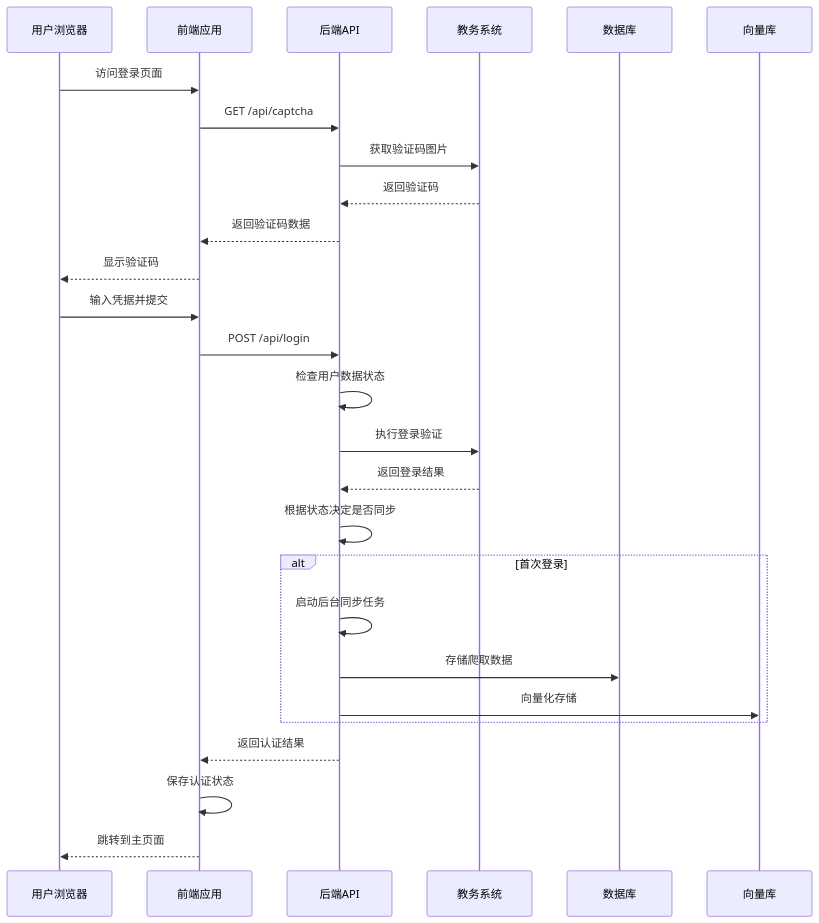
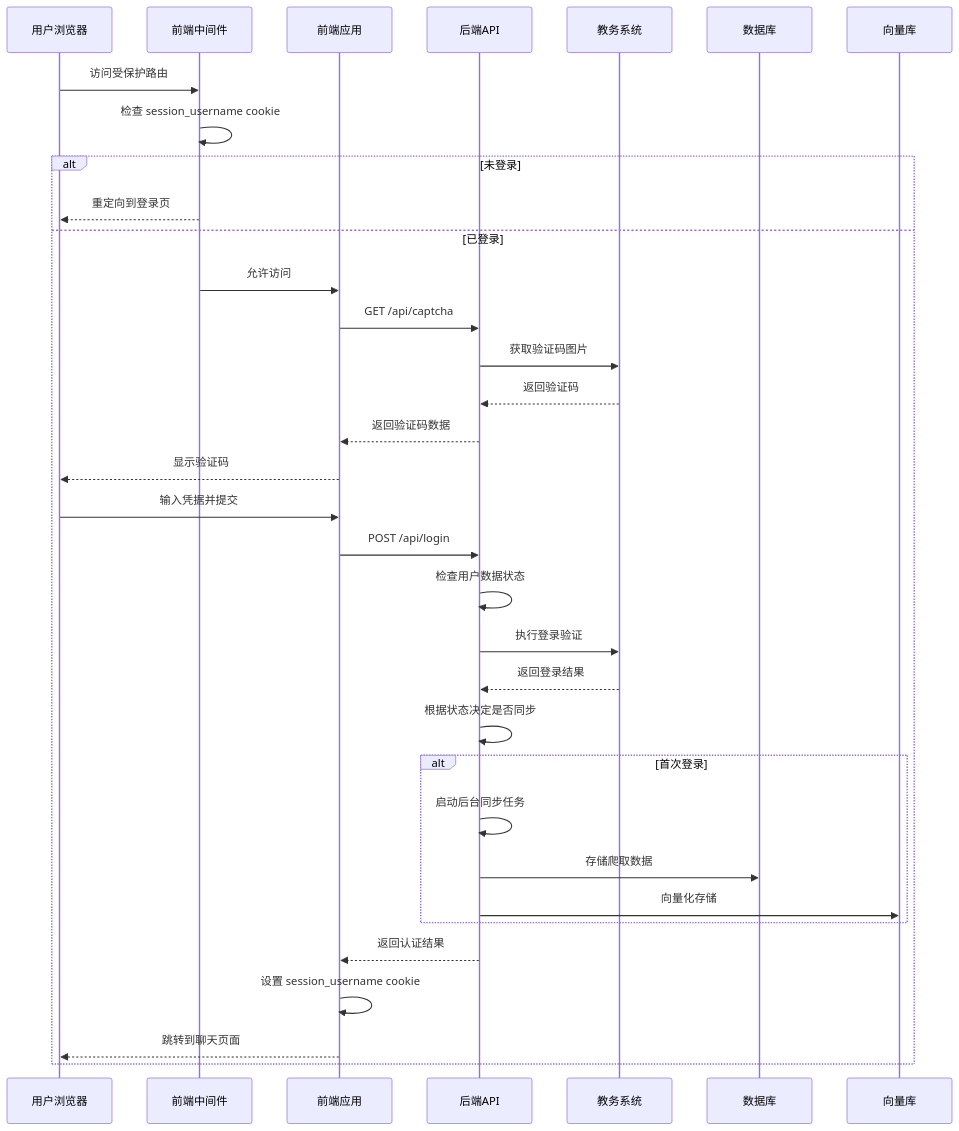
Before and after one commit to ghbbn053-ship-itsoulddog/soulddog: the second of 12 diagrams in .qoder/repowiki/zh/content/前端应用文档/登录页面与认证流程.md, drawn with Mermaid. The commit also changed other lines of this file and 6 other files, not shown here.

````diff
--- a/.qoder/repowiki/zh/content/前端应用文档/登录页面与认证流程.md
+++ b/.qoder/repowiki/zh/content/前端应用文档/登录页面与认证流程.md
@@ -157,29 +181,36 @@
 ```mermaid
 sequenceDiagram
 participant U as 用户浏览器
+participant MW as 前端中间件
 participant FE as 前端应用
 participant BE as 后端API
 participant JW as 教务系统
 participant DB as 数据库
 participant VS as 向量库
-U->>FE : 访问登录页面
+U->>MW : 访问受保护路由
+MW->>MW : 检查 session_username cookie
+alt 未登录
+MW-->>U : 重定向到登录页
+else 已登录
+MW->>FE : 允许访问
 FE->>BE : GET /api/captcha
 BE->>JW : 获取验证码图片
 JW-->>BE : 返回验证码
 BE-->>FE : 返回验证码数据
 FE-->>U : 显示验证码
 U->>FE : 输入凭据并提交
 FE->>BE : POST /api/login
 BE->>BE : 检查用户数据状态
 BE->>JW : 执行登录验证
 JW-->>BE : 返回登录结果
 BE->>BE : 根据状态决定是否同步
 alt 首次登录
 BE->>BE : 启动后台同步任务
 BE->>DB : 存储爬取数据
 BE->>VS : 向量化存储
 end
 BE-->>FE : 返回认证结果
-FE->>FE : 保存认证状态
-FE-->>U : 跳转到主页面
+FE->>FE : 设置 session_username cookie
+FE-->>U : 跳转到聊天页面
+end
 ```
````
